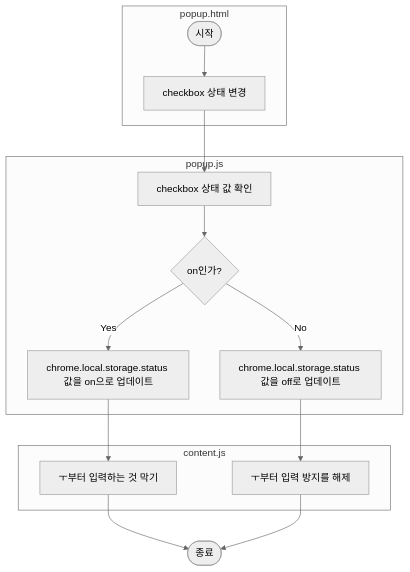
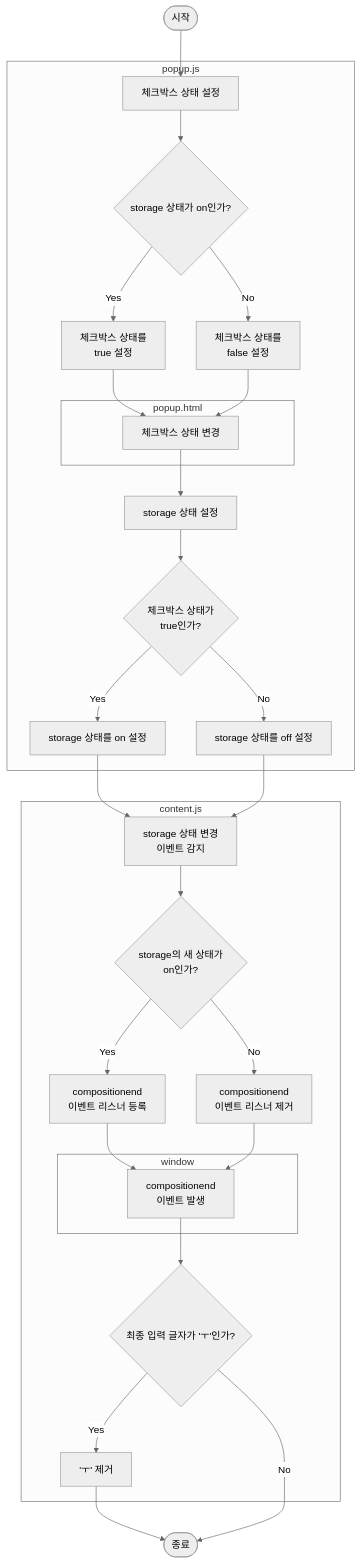
Before and after one commit to sarifor/crying-letter-preventer: the diagram in docs/2. 설계/2.2 소프트웨어 설계/2.2.2 내부 설계/비즈니스 로직 프로그램 설계/플로차트.md, drawn with Mermaid (neutral theme). The commit also changed 4 other files, not shown here.

````diff
--- a/docs/2. 설계/2.2 소프트웨어 설계/2.2.2 내부 설계/비즈니스 로직 프로그램 설계/플로차트.md
+++ b/docs/2. 설계/2.2 소프트웨어 설계/2.2.2 내부 설계/비즈니스 로직 프로그램 설계/플로차트.md
@@ -2,35 +2,83 @@
 ```mermaid
 flowchart TD
+  %% Q. 준비 작업, 처리할 작업, 결과 등, 각 유형별 알맞은 순서도 기호?
+
   start1([시작])
-  node1[checkbox 상태 변경]
-  node2[checkbox 상태 값 확인]
-  switch1{on인가?}
-  node5[chrome.local.storage.status 값을 on으로 업데이트]
-  node3[ㅜ부터 입력하는 것 막기]
-  node6[chrome.local.storage.status 값을 off로 업데이트]
-  node4[ㅜ부터 입력 방지를 해제]
+
+  node1[체크박스 상태 설정]
+  switch1{storage 상태가 on인가?}
+  switch1-Y[체크박스 상태를<br>true 설정]
+  switch1-N[체크박스 상태를<br>false 설정]
+
+  node2[체크박스 상태 변경]
+
+  node3[storage 상태 설정]
+  switch3{체크박스 상태가<br>true인가?}
+  switch3-Y[storage 상태를 on 설정]
+  switch3-N[storage 상태를 off 설정]
+
+  node4[storage 상태 변경<br>이벤트 감지]
+  switch4{storage의 새 상태가<br>on인가?}
+  switch4-Y[compositionend<br>이벤트 리스너 등록]
+  switch4-N[compositionend<br>이벤트 리스너 제거]
+
+  node5[compositionend<br>이벤트 발생]
+  switch5{최종 입력 글자가 'ㅜ'인가?}
+  switch5-Y['ㅜ' 제거]
+
   end1([종료])
 
-  subgraph popup.html
-   start1
-   node1
+
+
+  start1 --> node1 --> switch1
+  switch1 -- Yes --> switch1-Y
+  switch1 -- No --> switch1-N
+  switch1-Y & switch1-N --> node2
+
+  node2 --> node3
+  
+  node3 --> switch3
+  switch3 -- Yes --> switch3-Y
+  switch3 -- No --> switch3-N
+  switch3-Y & switch3-N --> node4
+
+  node4 --> switch4
+  switch4 -- Yes --> switch4-Y
+  switch4 -- No --> switch4-N
+  switch4-Y & switch4-N --> node5
+  
+  node5 --> switch5
+  switch5 -- Yes --> switch5-Y --> end1
+  switch5 -- No --> end1
+
+  
+  subgraph popup.js
+    node1
+    switch1
+    switch1-Y
+    switch1-N
+
+    subgraph popup.html
+      node2
+    end
+
+    node3
+    switch3
+    switch3-Y
+    switch3-N
   end
 
-  subgraph popup.js
-    node2
-    switch1
+subgraph content.js
+  node4
+  switch4
+  switch4-Y
+  switch4-N
+
+  subgraph window
     node5
-    node6
   end
-
-  subgraph content.js
-    node3
-    node4
-  end
-
-  start1 --> node1 --> node2
-  node2 --> switch1
-  switch1 -- Yes --> node5 --> node3
-  switch1 -- No --> node6 --> node4
-  node3 & node4 --> end1
+  
+  switch5
+  switch5-Y
+end
 ```
````
